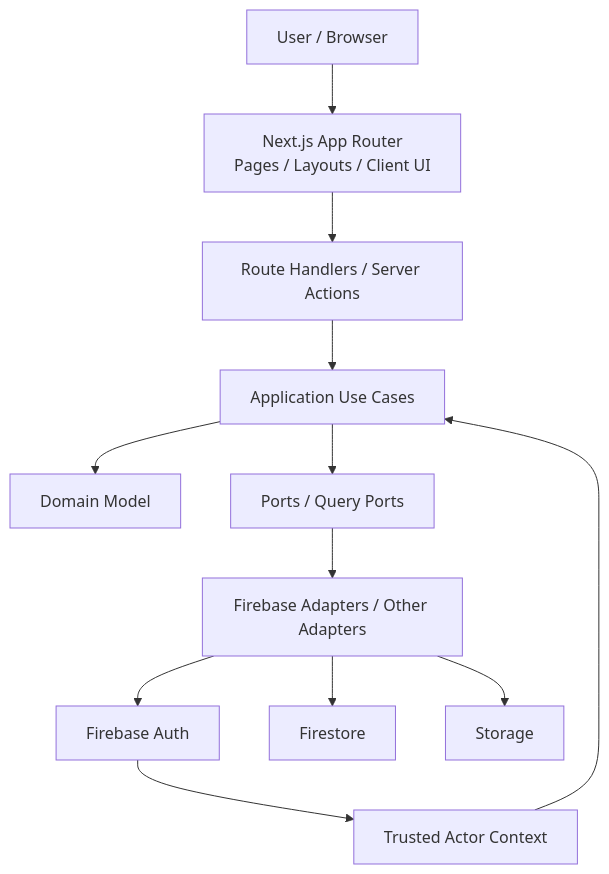
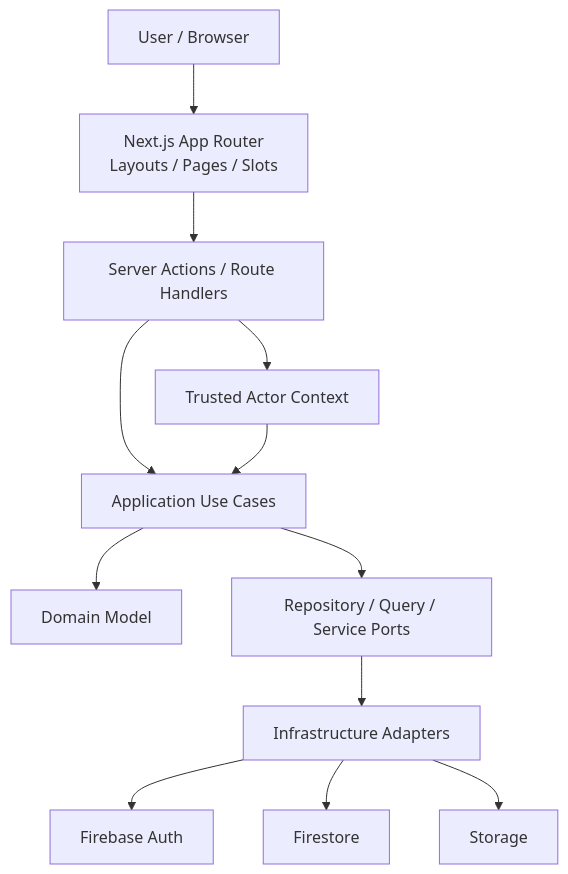
One commit to 369sup/worksync-hr changed the diagram in docs/01-architecture/overview.md. Above: the diagram before and after it, drawn with Mermaid. The commit also changed other lines of this file and 39 other files, not shown here.

Commit message:
docs: strengthen architecture and process docs

````diff
--- a/docs/01-architecture/overview.md
+++ b/docs/01-architecture/overview.md
@@ -7,15 +7,15 @@
 ```mermaid
 flowchart TD
   USER[User / Browser] --> UI[Next.js App Router
-Pages / Layouts / Client UI]
-  UI --> INBOUND[Route Handlers / Server Actions]
+Layouts / Pages / Slots]
+  UI --> INBOUND[Server Actions / Route Handlers]
   INBOUND --> APP[Application Use Cases]
   APP --> DOMAIN[Domain Model]
-  APP --> PORTS[Ports / Query Ports]
-  PORTS --> ADP[Firebase Adapters / Other Adapters]
-  ADP --> AUTH[Firebase Auth]
-  ADP --> FS[Firestore]
-  ADP --> ST[Storage]
-  AUTH --> ACTOR[Trusted Actor Context]
+  APP --> PORTS[Repository / Query / Service Ports]
+  PORTS --> INF[Infrastructure Adapters]
+  INF --> AUTH[Firebase Auth]
+  INF --> FS[Firestore]
+  INF --> ST[Storage]
+  INBOUND --> ACTOR[Trusted Actor Context]
   ACTOR --> APP
 ```
````
